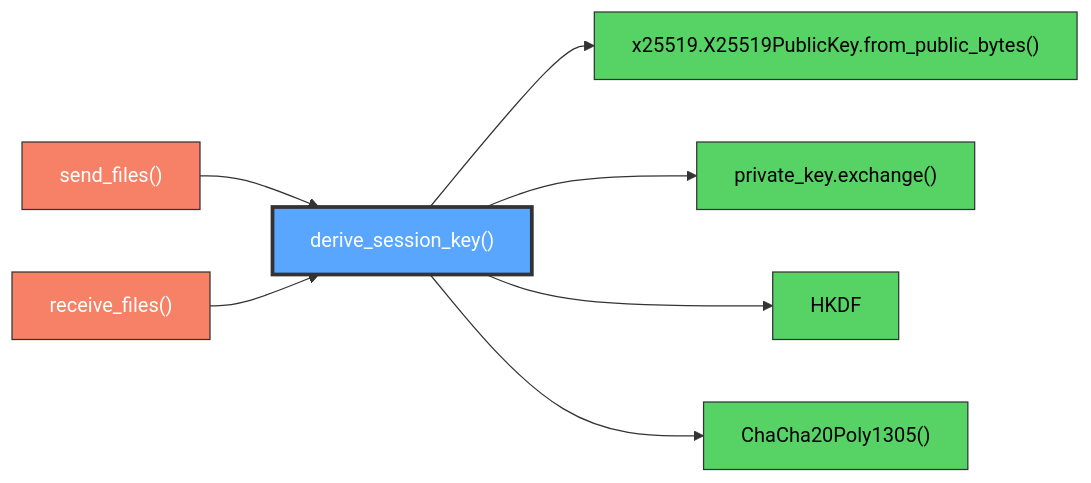
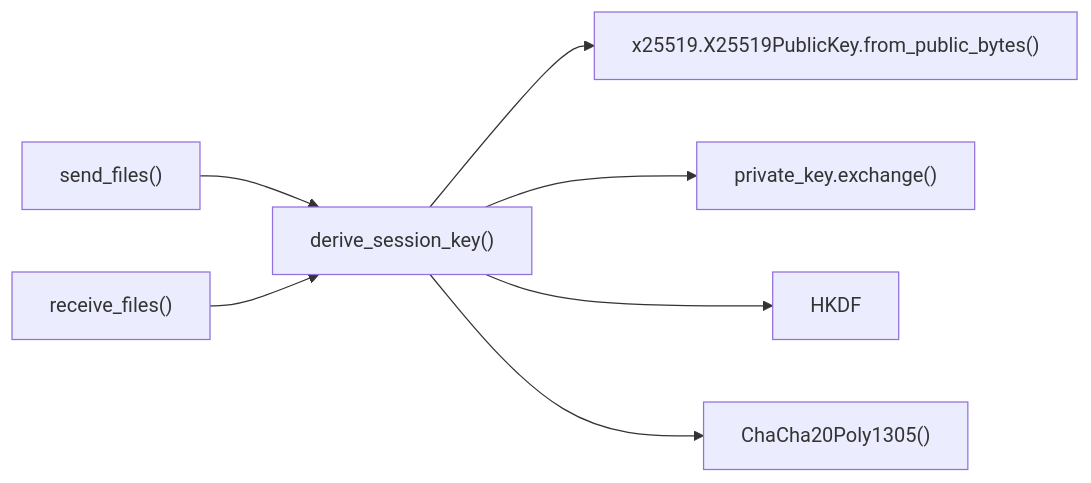
Before and after one commit to proudsunburn/ftransfer: the diagram in docs/derive_session_key.md, drawn with Mermaid. The commit also changed 23 other files, not shown here.

Commit message:
MINOR: Remove colors from mermaid for easy light/dark mode switching

````diff
--- a/docs/derive_session_key.md
+++ b/docs/derive_session_key.md
@@ -11,21 +11,17 @@
 ```mermaid
 graph LR
-    send_files["send_files()"]:::red
-    receive_files["receive_files()"]:::red
-    derive_session_key["derive_session_key()"]:::highlight
-    x25519_from_public["x25519.X25519PublicKey.from_public_bytes()"]:::green
-    private_exchange["private_key.exchange()"]:::green
-    hkdf["HKDF"]:::green
-    chacha20["ChaCha20Poly1305()"]:::green
+    send_files["send_files()"]
+    receive_files["receive_files()"]
+    derive_session_key["derive_session_key()"]
+    x25519_from_public["x25519.X25519PublicKey.from_public_bytes()"]
+    private_exchange["private_key.exchange()"]
+    hkdf["HKDF"]
+    chacha20["ChaCha20Poly1305()"]
 
     send_files --> derive_session_key
     receive_files --> derive_session_key
     derive_session_key --> x25519_from_public
     derive_session_key --> private_exchange
     derive_session_key --> hkdf
     derive_session_key --> chacha20
-
-    classDef red fill:#f78166,stroke:#333,color:#fff
-    classDef highlight fill:#58a6ff,stroke:#333,color:#fff,stroke-width:3px
-    classDef green fill:#56d364,stroke:#333,color:#000
 ```
````
